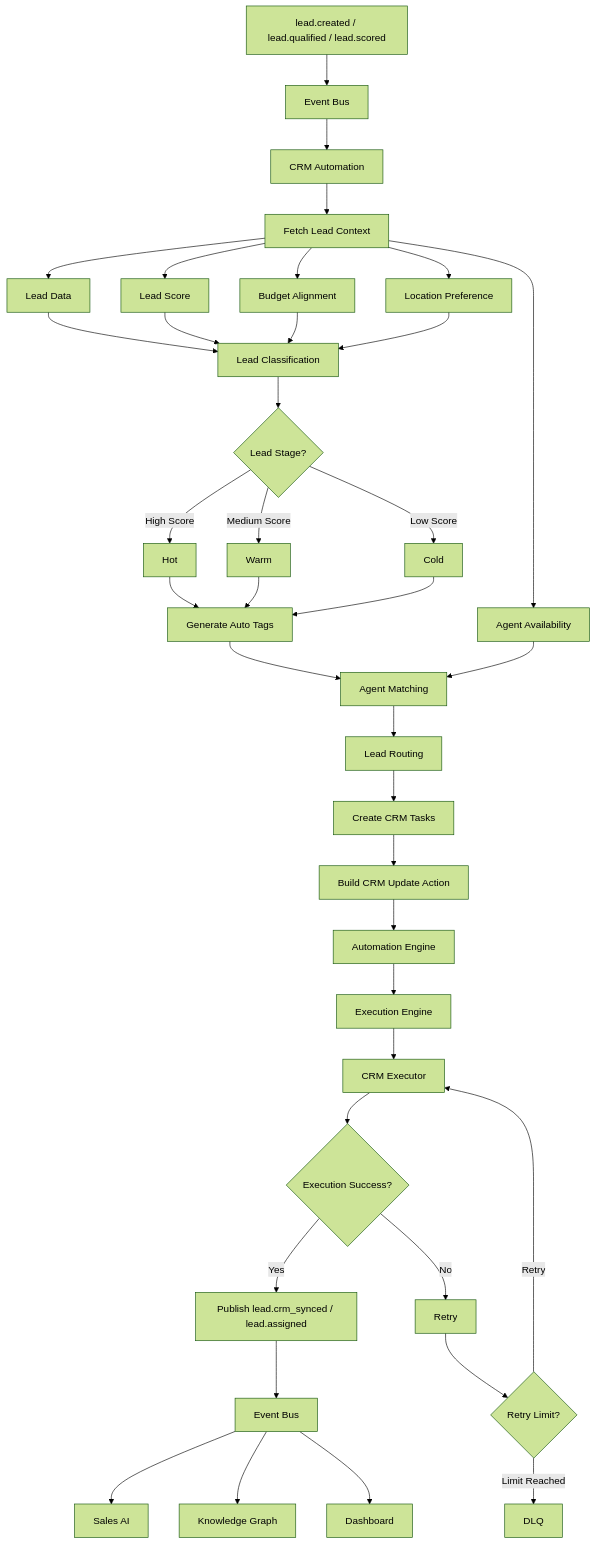
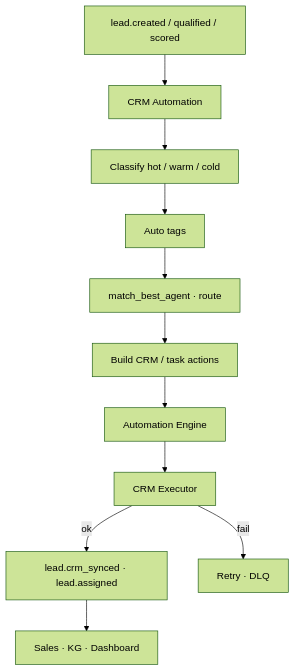
Before and after one commit to imperiondata/real-estate-ai-lead-agent: the fifth of 8 diagrams in plans/IREIOS_3.0_AI_Automation_Workflows.md, drawn with Mermaid (forest theme). The commit also changed other lines of this file and 2 other files, not shown here.

Commit message:
docs: updated architecture diagrams and implementation plans based on current scope and requirements

````diff
--- a/plans/IREIOS_3.0_AI_Automation_Workflows.md
+++ b/plans/IREIOS_3.0_AI_Automation_Workflows.md
@@ -384,34 +179,12 @@
-``` mermaid
+```mermaid
 flowchart TD
- R1[lead.created / lead.qualified / lead.scored] --> R2[Event Bus] --> R3[CRM Automation]
- R3 --> R4[Fetch Lead Context]
- R4 --> LD[Lead Data]
- R4 --> LS[Lead Score]
- R4 --> BA[Budget Alignment]
- R4 --> LP[Location Preference]
- R4 --> AA[Agent Availability]
- LD --> LC[Lead Classification]
- LS --> LC
- BA --> LC
- LP --> LC
- LC --> ST{Lead Stage?}
- ST -->|High Score| HOT[Hot]
- ST -->|Medium Score| WARM[Warm]
- ST -->|Low Score| COLD[Cold]
- HOT --> TAG[Generate Auto Tags]
- WARM --> TAG
- COLD --> TAG
- TAG --> MATCH[Agent Matching]
- AA --> MATCH
- MATCH --> ROUTE[Lead Routing] --> TASK[Create CRM Tasks]
- TASK --> BUILD[Build CRM Update Action] --> AE[Automation Engine]
- AE --> EE[Execution Engine] --> CRM[CRM Executor] --> OK{Execution Success?}
- OK -->|Yes| EVT[Publish lead.crm_synced / lead.assigned]
- OK -->|No| RETRY[Retry] --> LIMIT{Retry Limit?}
- LIMIT -->|Retry| CRM
- LIMIT -->|Limit Reached| DLQ[DLQ]
- EVT --> EB[Event Bus]
- EB --> SALES[Sales AI]
- EB --> KG[Knowledge Graph]
- EB --> DASH[Dashboard]
+  R1[lead.created / qualified / scored] --> R2[CRM Automation]
+  R2 --> R3[Classify hot / warm / cold]
+  R3 --> R4[Auto tags]
+  R4 --> R5[match_best_agent · route]
+  R5 --> R6[Build CRM / task actions]
+  R6 --> AE[Automation Engine] --> EE[CRM Executor]
+  EE -->|ok| EVT[lead.crm_synced · lead.assigned]
+  EE -->|fail| DLQ[Retry · DLQ]
+  EVT --> FAN[Sales · KG · Dashboard]
 ```
````
